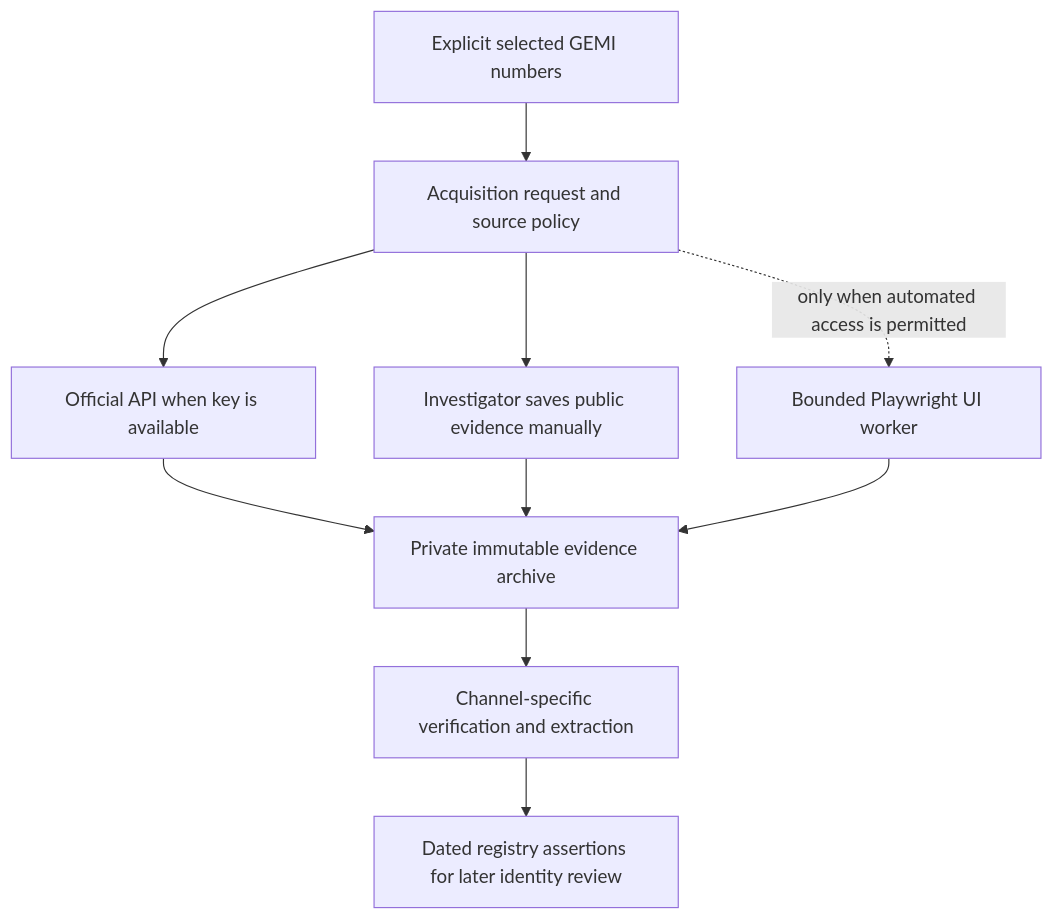
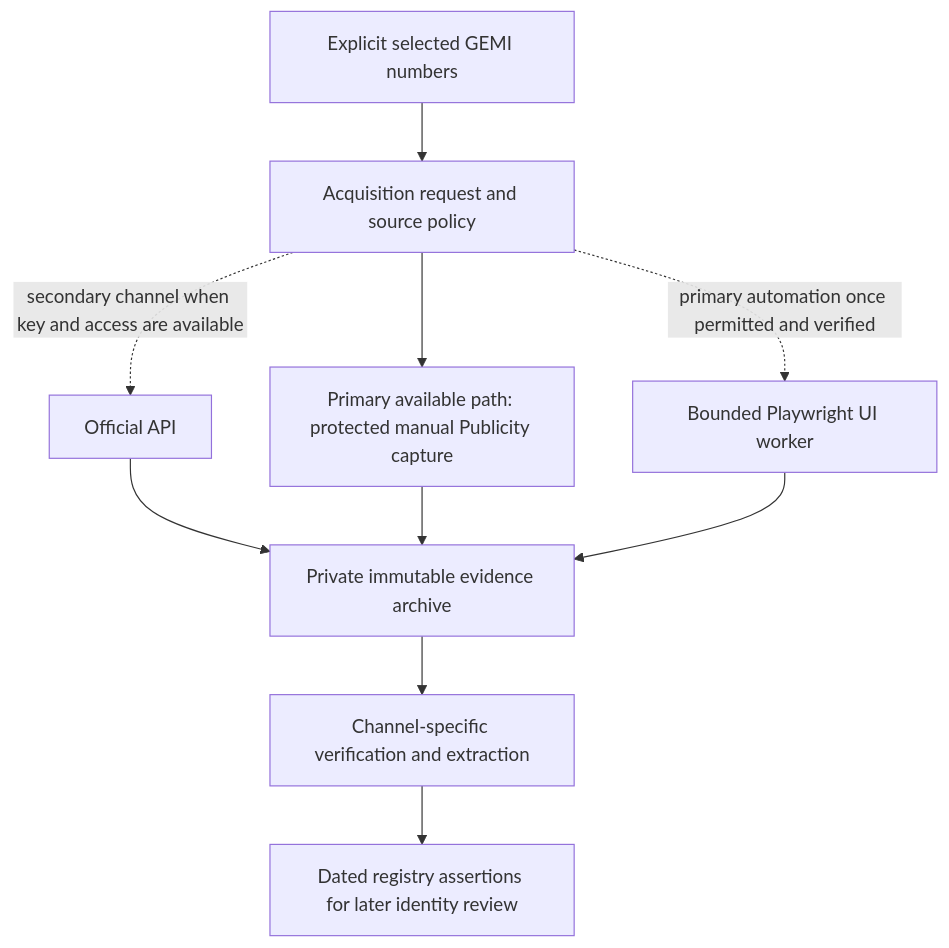
One commit to StamKavid/nima-ai changed the first of 3 diagrams in docs/sources/gemi-publicity-fallback.md. Above: the diagram before and after it, drawn with Mermaid. The commit also changed other lines of this file and 4 other files, not shown here.

First line of the commit message:
feat: recover private source evidence without an API key

````diff
--- a/docs/sources/gemi-publicity-fallback.md
+++ b/docs/sources/gemi-publicity-fallback.md
@@ -88,12 +92,12 @@
 ```mermaid
 flowchart TD
     C[Explicit selected GEMI numbers] --> Q[Acquisition request and source policy]
-    Q --> A[Official API when key is available]
-    Q --> M[Investigator saves public evidence manually]
-    Q -. only when automated access is permitted .-> B[Bounded Playwright UI worker]
+    Q --> M[Primary available path: protected manual Publicity capture]
+    Q -. primary automation once permitted and verified .-> B[Bounded Playwright UI worker]
+    Q -. secondary channel when key and access are available .-> A[Official API]
     A --> E[Private immutable evidence archive]
     M --> E
     B --> E
     E --> V[Channel-specific verification and extraction]
     V --> R[Dated registry assertions for later identity review]
 ```
````
